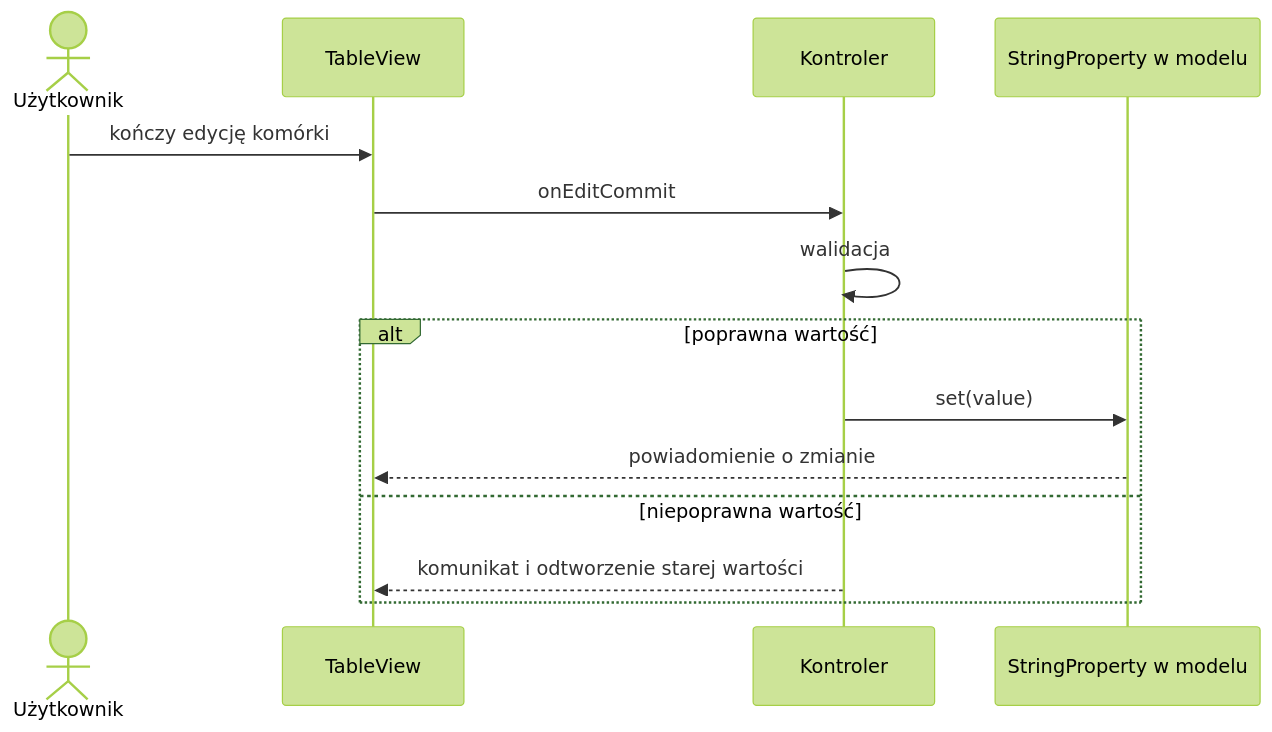
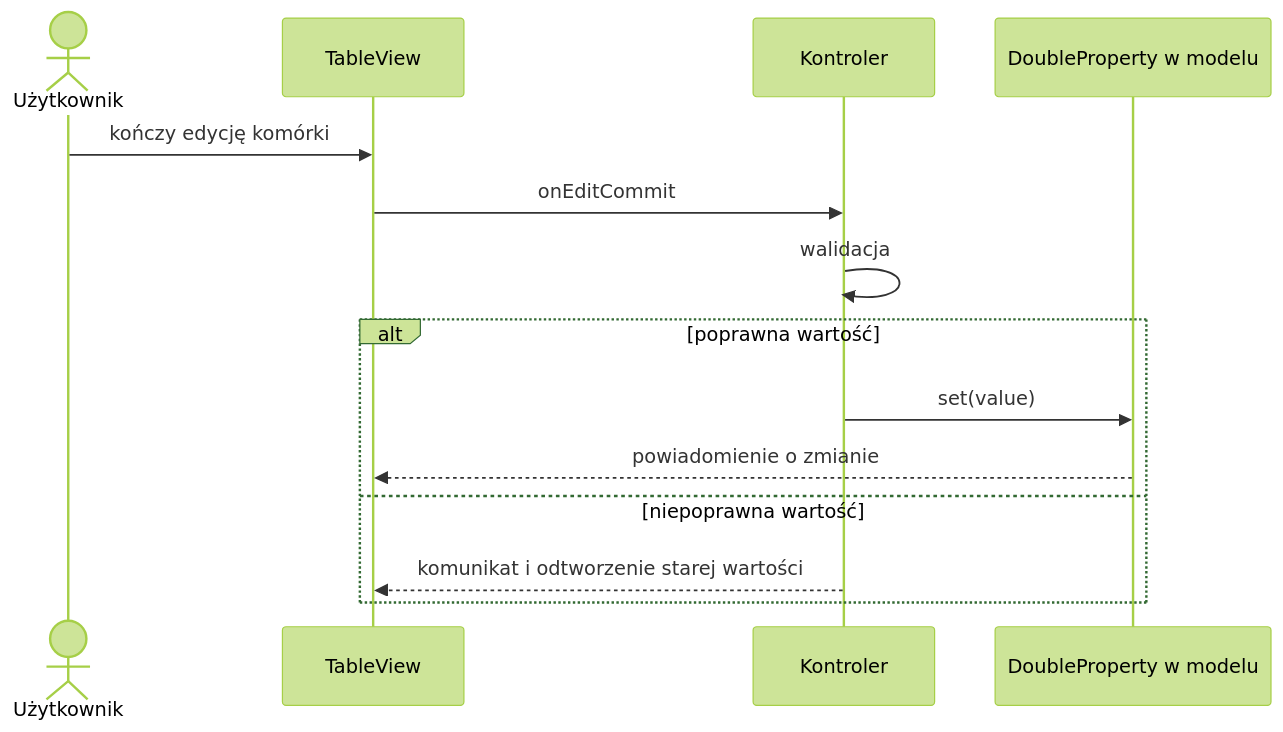
One commit to wgalka/PO2-Java changed diagram 13 of 13 in 2026-2027/lab2/README.md. Above: the diagram before and after it, drawn with Mermaid (forest theme). The commit also changed other lines of this file and 64 other files, not shown here.

````diff
--- a/2026-2027/lab2/README.md
+++ b/2026-2027/lab2/README.md
@@ -673,16 +1042,16 @@
 ```mermaid
 sequenceDiagram
     actor U as Użytkownik
     participant T as TableView
     participant C as Kontroler
-    participant M as StringProperty w modelu
+    participant M as DoubleProperty w modelu
     U->>T: kończy edycję komórki
     T->>C: onEditCommit
     C->>C: walidacja
     alt poprawna wartość
         C->>M: set(value)
         M-->>T: powiadomienie o zmianie
     else niepoprawna wartość
         C-->>T: komunikat i odtworzenie starej wartości
     end
 ```
````
